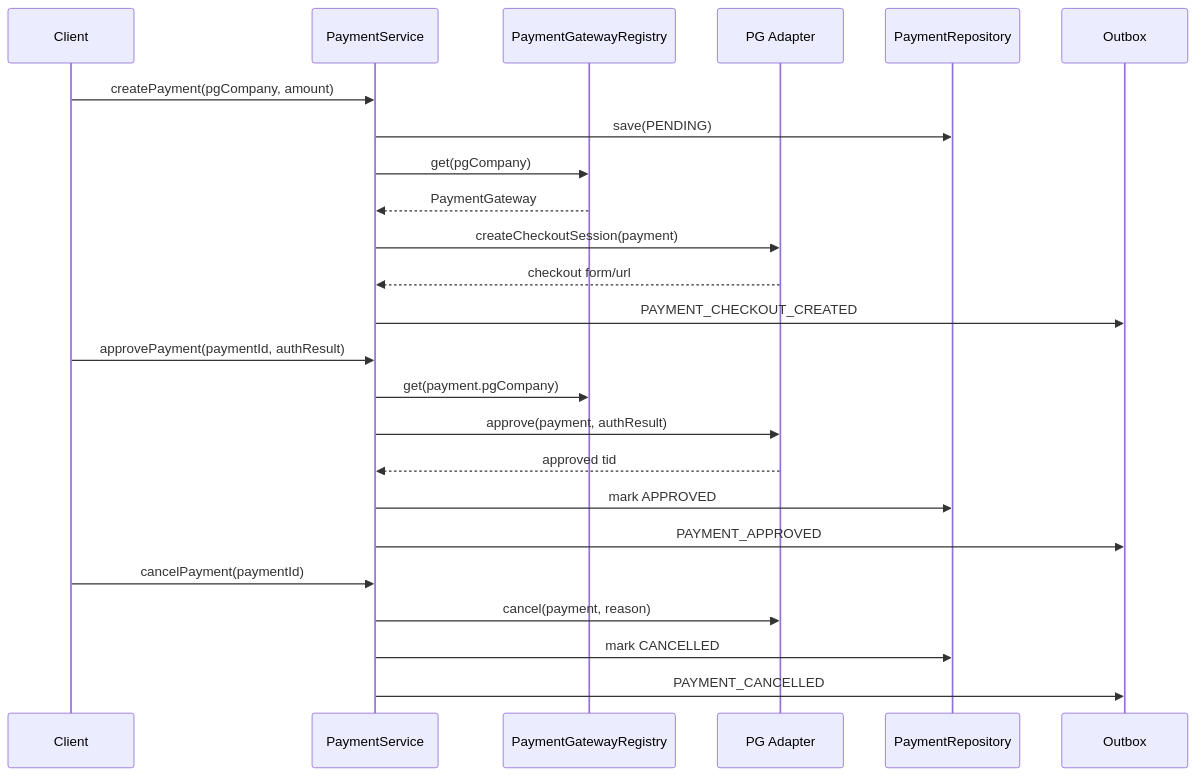
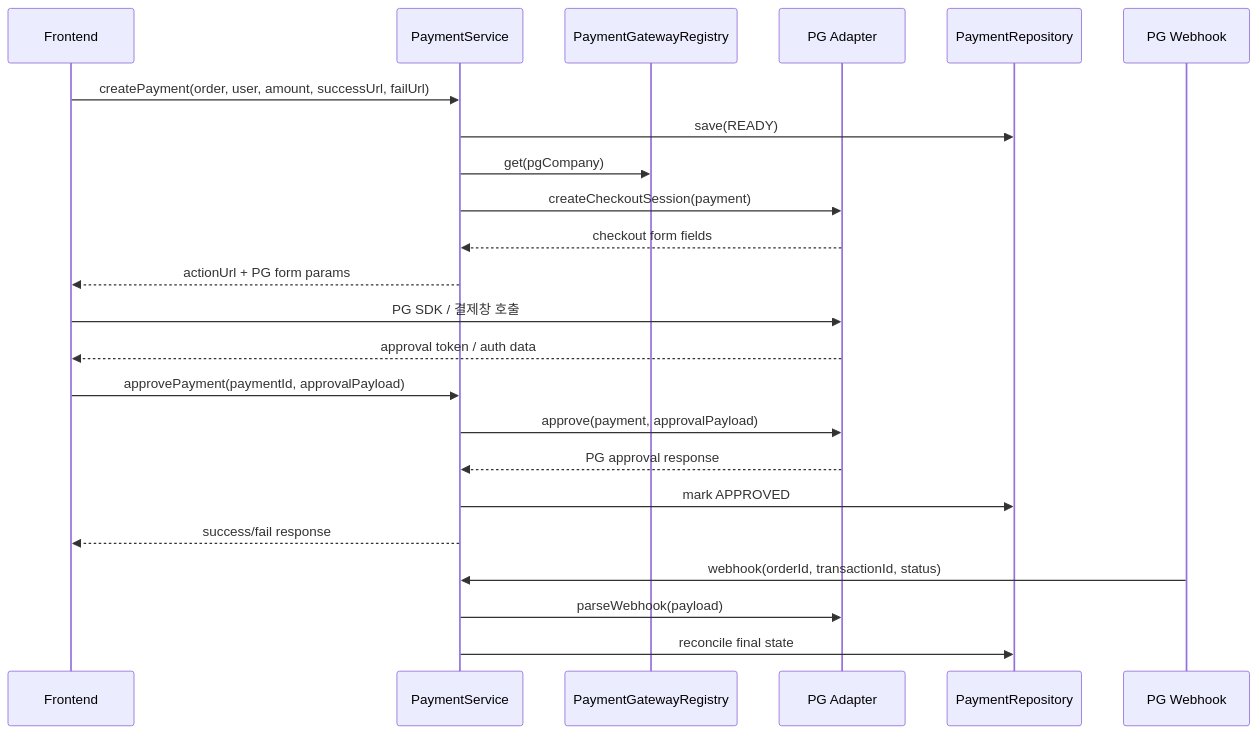
Before and after one commit to gimhae-person/pg-payment-strategy-sample: the diagram in docs/architecture.md, drawn with Mermaid. The commit also changed other lines of this file and 26 other files, not shown here.

Commit message:
Refine payment sample flow for frontend approval and webhook sync

````diff
--- a/docs/architecture.md
+++ b/docs/architecture.md
@@ -18,29 +18,28 @@
 ```mermaid
 sequenceDiagram
-    participant Client
+    participant Frontend
     participant PaymentService
     participant Registry as PaymentGatewayRegistry
     participant Gateway as PG Adapter
     participant Repo as PaymentRepository
-    participant Event as Outbox
+    participant Webhook as PG Webhook
 
-    Client->>PaymentService: createPayment(pgCompany, amount)
-    PaymentService->>Repo: save(PENDING)
+    Frontend->>PaymentService: createPayment(order, user, amount, successUrl, failUrl)
+    PaymentService->>Repo: save(READY)
     PaymentService->>Registry: get(pgCompany)
-    Registry-->>PaymentService: PaymentGateway
     PaymentService->>Gateway: createCheckoutSession(payment)
-    Gateway-->>PaymentService: checkout form/url
-    PaymentService->>Event: PAYMENT_CHECKOUT_CREATED
+    Gateway-->>PaymentService: checkout form fields
+    PaymentService-->>Frontend: actionUrl + PG form params
 
-    Client->>PaymentService: approvePayment(paymentId, authResult)
-    PaymentService->>Registry: get(payment.pgCompany)
-    PaymentService->>Gateway: approve(payment, authResult)
-    Gateway-->>PaymentService: approved tid
+    Frontend->>Gateway: PG SDK / 결제창 호출
+    Gateway-->>Frontend: approval token / auth data
+    Frontend->>PaymentService: approvePayment(paymentId, approvalPayload)
+    PaymentService->>Gateway: approve(payment, approvalPayload)
+    Gateway-->>PaymentService: PG approval response
     PaymentService->>Repo: mark APPROVED
-    PaymentService->>Event: PAYMENT_APPROVED
+    PaymentService-->>Frontend: success/fail response
 
-    Client->>PaymentService: cancelPayment(paymentId)
-    PaymentService->>Gateway: cancel(payment, reason)
-    PaymentService->>Repo: mark CANCELLED
-    PaymentService->>Event: PAYMENT_CANCELLED
+    Webhook->>PaymentService: webhook(orderId, transactionId, status)
+    PaymentService->>Gateway: parseWebhook(payload)
+    PaymentService->>Repo: reconcile final state
 ```
````
